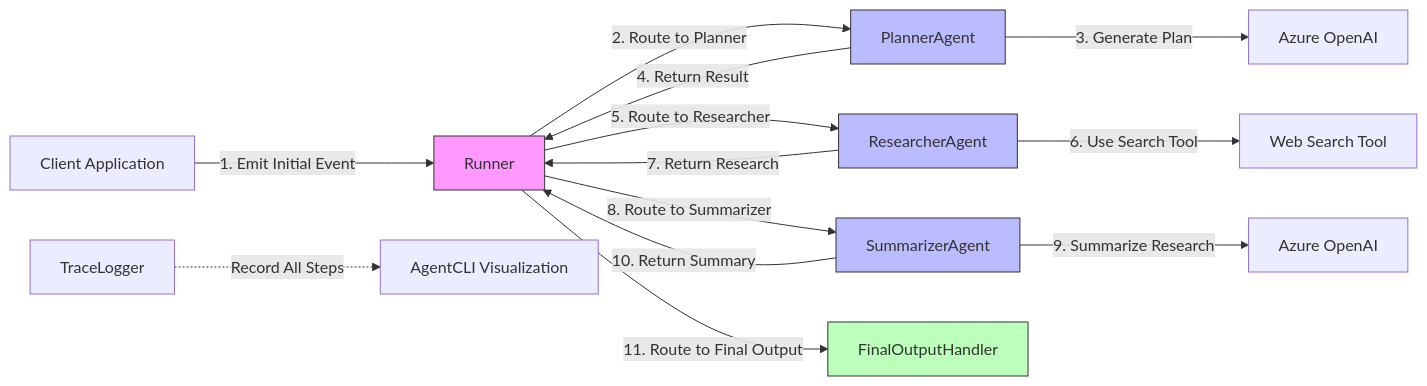
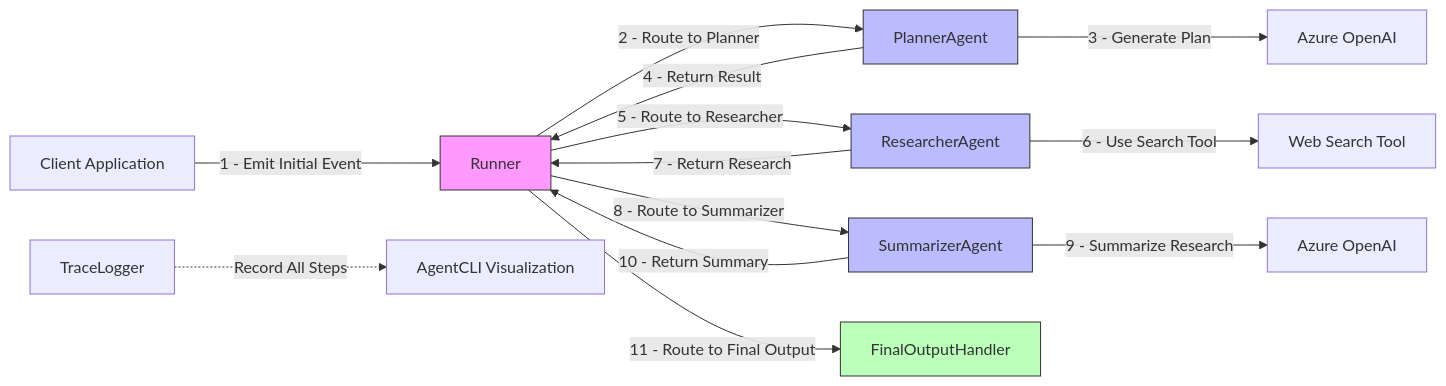
One commit to AgenticGoKit/AgenticGoKit changed the diagram in examples/clean_multi_agent/README.md. Above: the diagram before and after it, drawn with Mermaid. The commit also changed 32 other files, not shown here.

````diff
--- a/examples/clean_multi_agent/README.md
+++ b/examples/clean_multi_agent/README.md
@@ -7,26 +7,26 @@
 ```mermaid
 graph LR
-    Client[Client Application] -->|1. Emit Initial Event| Runner
+    Client[Client Application] -->|1 - Emit Initial Event| Runner
     
-    Runner -->|2. Route to Planner| PlannerAgent
-    PlannerAgent -->|3. Generate Plan| LLM1[Azure OpenAI]
-    PlannerAgent -->|4. Return Result| Runner
+    Runner -->|2 - Route to Planner| PlannerAgent
+    PlannerAgent -->|3 - Generate Plan| LLM1[Azure OpenAI]
+    PlannerAgent -->|4 - Return Result| Runner
     
-    Runner -->|5. Route to Researcher| ResearcherAgent
-    ResearcherAgent -->|6. Use Search Tool| WebSearch[Web Search Tool]
-    ResearcherAgent -->|7. Return Research| Runner
+    Runner -->|5 - Route to Researcher| ResearcherAgent
+    ResearcherAgent -->|6 - Use Search Tool| WebSearch[Web Search Tool]
+    ResearcherAgent -->|7 - Return Research| Runner
     
-    Runner -->|8. Route to Summarizer| SummarizerAgent
-    SummarizerAgent -->|9. Summarize Research| LLM2[Azure OpenAI]
-    SummarizerAgent -->|10. Return Summary| Runner
+    Runner -->|8 - Route to Summarizer| SummarizerAgent
+    SummarizerAgent -->|9 - Summarize Research| LLM2[Azure OpenAI]
+    SummarizerAgent -->|10 - Return Summary| Runner
     
-    Runner -->|11. Route to Final Output| FinalOutputHandler
+    Runner -->|11 - Route to Final Output| FinalOutputHandler
     
     TraceLogger -.->|Record All Steps| CLI[AgentCLI Visualization]
     
     style Runner fill:#f9f,stroke:#333
     style PlannerAgent fill:#bbf,stroke:#333
     style ResearcherAgent fill:#bbf,stroke:#333
     style SummarizerAgent fill:#bbf,stroke:#333
     style FinalOutputHandler fill:#bfb,stroke:#333
 ```
````
